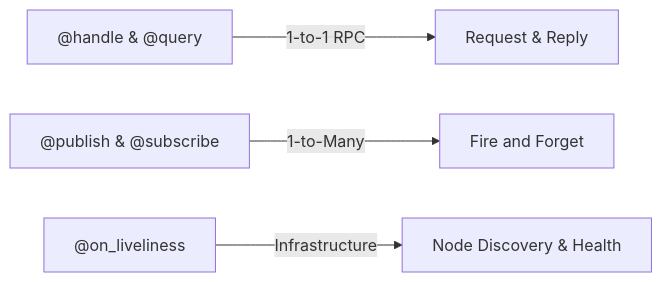
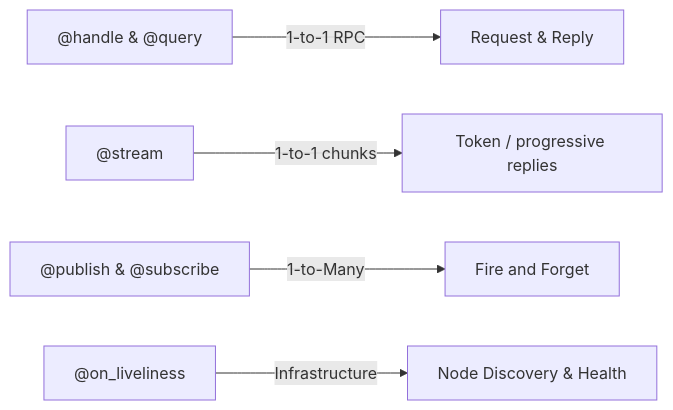
The diagram in docs/index.md (0x416d6972/Istos), drawn with Mermaid before and after one commit. The commit also changed other lines of this file and 13 other files, not shown here.

````diff
--- a/docs/index.md
+++ b/docs/index.md
@@ -30,6 +30,7 @@
 ```mermaid
 graph LR
     A["@handle & @query"] -->|1-to-1 RPC| B["Request & Reply"]
+    S["@stream"] -->|1-to-1 chunks| T["Token / progressive replies"]
     C["@publish & @subscribe"] -->|1-to-Many| D["Fire and Forget"]
     E["@on_liveliness"] -->|Infrastructure| F["Node Discovery & Health"]
 ```
````
